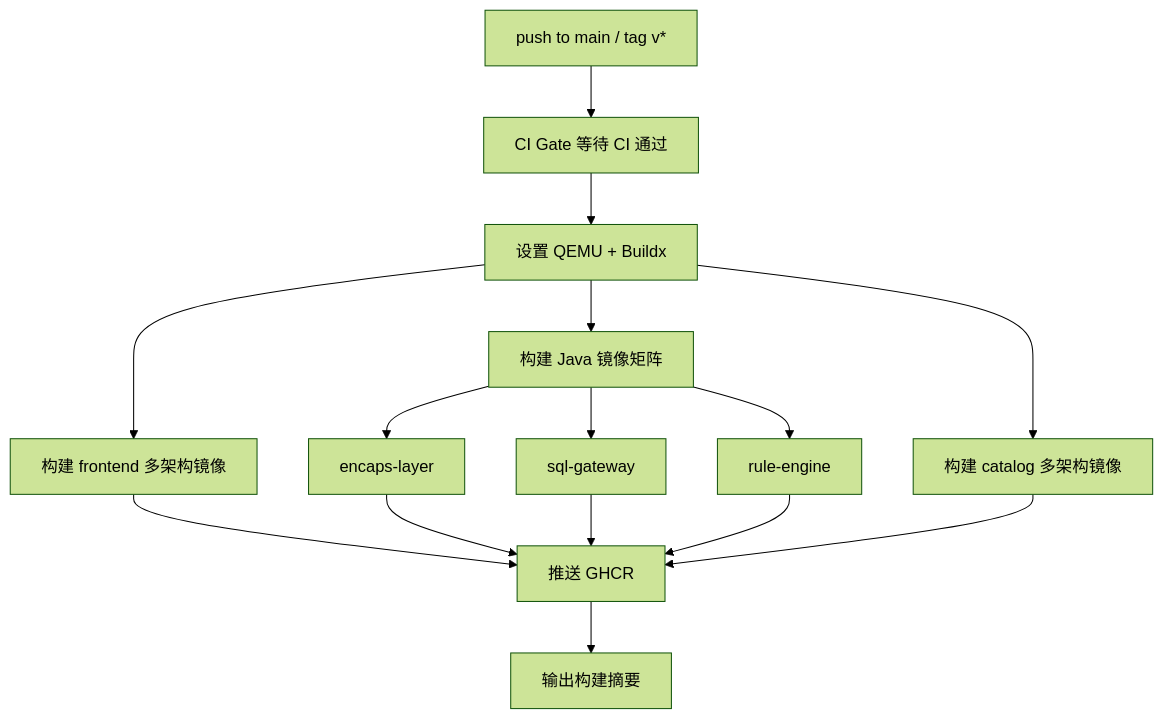
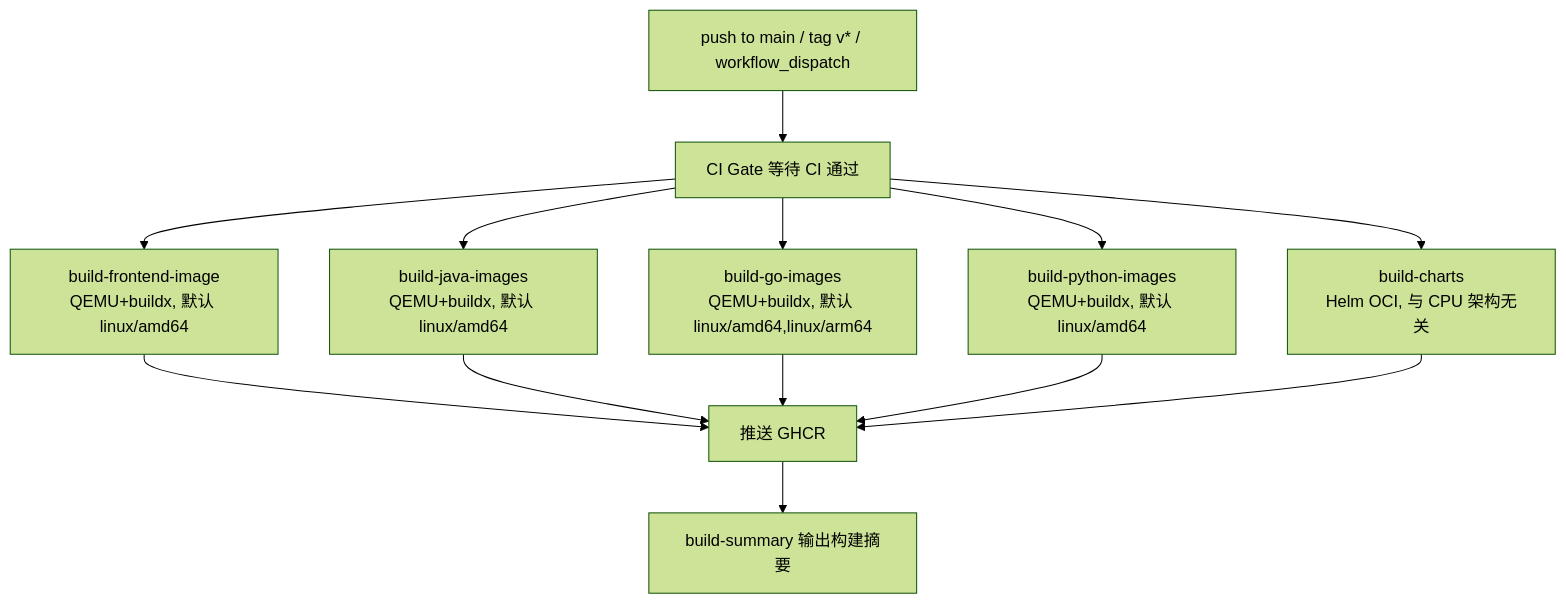
One commit to Levango7/DataEngineBDP changed the diagram in design/deploy/MULTI_ARCH_BUILD.md. Above: the diagram before and after it, drawn with Mermaid (forest theme). The commit also changed other lines of this file and 8 other files, not shown here.

````diff
--- a/design/deploy/MULTI_ARCH_BUILD.md
+++ b/design/deploy/MULTI_ARCH_BUILD.md
@@ -39,17 +48,15 @@
 ```mermaid
 flowchart TD
-    A[push to main / tag v*] --> B[CI Gate 等待 CI 通过]
-    B --> C[设置 QEMU + Buildx]
-    C --> D[构建 frontend 多架构镜像]
-    C --> E[构建 Java 镜像矩阵]
-    C --> F[构建 catalog 多架构镜像]
-    E --> E1[encaps-layer]
-    E --> E2[sql-gateway]
-    E --> E3[rule-engine]
-    D --> G[推送 GHCR]
-    E1 --> G
-    E2 --> G
-    E3 --> G
-    F --> G
-    G --> H[输出构建摘要]
+    A[push to main / tag v* / workflow_dispatch] --> B[CI Gate 等待 CI 通过]
+    B --> C1[build-frontend-image<br/>QEMU+buildx, 默认 linux/amd64]
+    B --> C2[build-java-images<br/>QEMU+buildx, 默认 linux/amd64]
+    B --> C3[build-go-images<br/>QEMU+buildx, 默认 linux/amd64,linux/arm64]
+    B --> C4[build-python-images<br/>QEMU+buildx, 默认 linux/amd64]
+    B --> C5[build-charts<br/>Helm OCI, 与 CPU 架构无关]
+    C1 --> G[推送 GHCR]
+    C2 --> G
+    C3 --> G
+    C4 --> G
+    C5 --> G
+    G --> H[build-summary 输出构建摘要]
 ```
````
